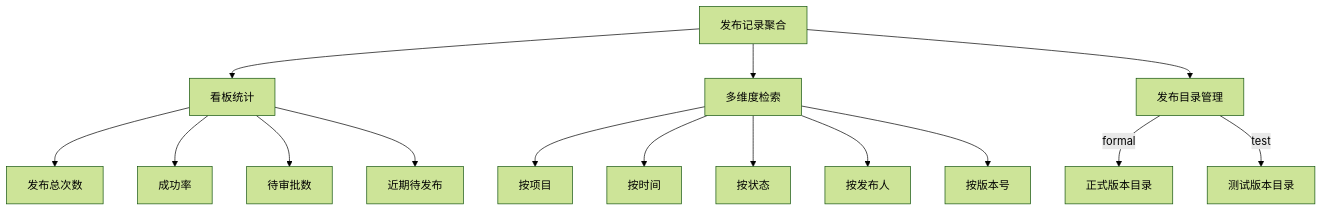
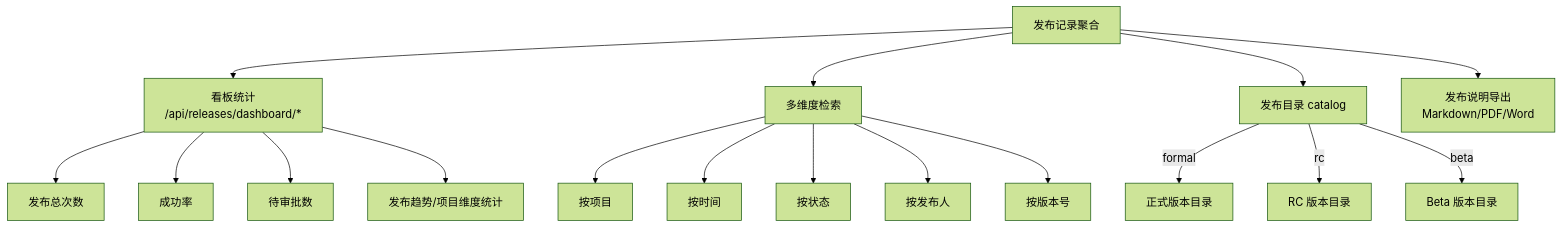
Before and after one commit to qingxiaoyuan/trace-ship: the ninth of 17 diagrams in docs/business-process-analysis.md, drawn with Mermaid (forest theme). The commit also changed other lines of this file and 8 other files, not shown here.

````diff
--- a/docs/business-process-analysis.md
+++ b/docs/business-process-analysis.md
@@ -289,17 +340,19 @@
 ```mermaid
 flowchart TD
-    A[发布记录聚合] --> B[看板统计]
+    A[发布记录聚合] --> B[看板统计<br/>/api/releases/dashboard/*]
     B --> C[发布总次数]
     B --> D[成功率]
     B --> E[待审批数]
-    B --> F[近期待发布]
+    B --> E2[发布趋势/项目维度统计]
     A --> G[多维度检索]
     G --> H[按项目]
     G --> I[按时间]
     G --> J[按状态]
     G --> K[按发布人]
     G --> L[按版本号]
-    A --> M[发布目录管理]
+    A --> M[发布目录 catalog]
     M -->|formal| N[正式版本目录]
-    M -->|test| O[测试版本目录]
+    M -->|rc| O[RC 版本目录]
+    M -->|beta| P[Beta 版本目录]
+    A --> Q[发布说明导出<br/>Markdown/PDF/Word]
 ```
````
